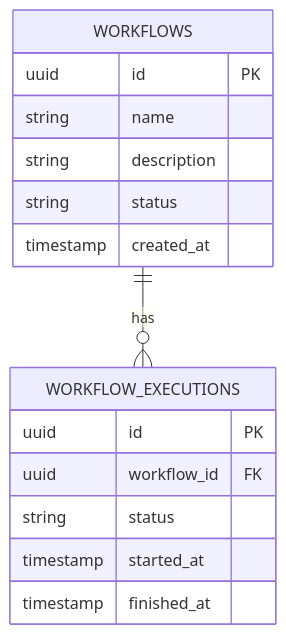
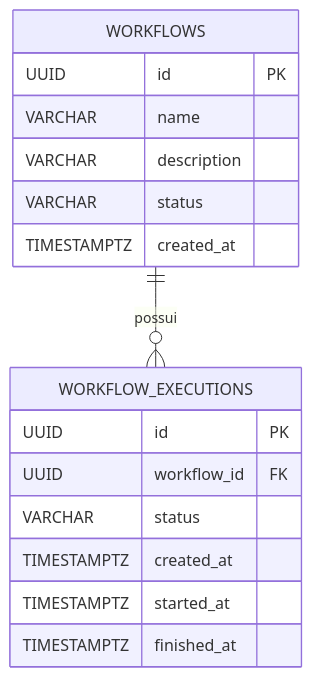
The second of 3 diagrams in README.md (juceliocoelho2022/agentflow-ai), drawn with Mermaid before and after one commit. The commit also changed other lines of this file and 12 other files, not shown here.

Commit message:
docs: professionalize README, domain diagrams and CI; fix execution lifecycle timestamps

````diff
--- a/README.md
+++ b/README.md
@@ -46,6 +224,19 @@
-```mermaid
+~~~mermaid
 erDiagram
-  WORKFLOWS ||--o{ WORKFLOW_EXECUTIONS : has
-  WORKFLOWS { uuid id PK string name string description string status timestamp created_at }
-  WORKFLOW_EXECUTIONS { uuid id PK uuid workflow_id FK string status timestamp started_at timestamp finished_at }
-```
+    WORKFLOWS ||--o{ WORKFLOW_EXECUTIONS : "possui"
+    WORKFLOWS {
+        UUID id PK
+        VARCHAR name
+        VARCHAR description
+        VARCHAR status
+        TIMESTAMPTZ created_at
+    }
+    WORKFLOW_EXECUTIONS {
+        UUID id PK
+        UUID workflow_id FK
+        VARCHAR status
+        TIMESTAMPTZ created_at
+        TIMESTAMPTZ started_at
+        TIMESTAMPTZ finished_at
+    }
+~~~
````
